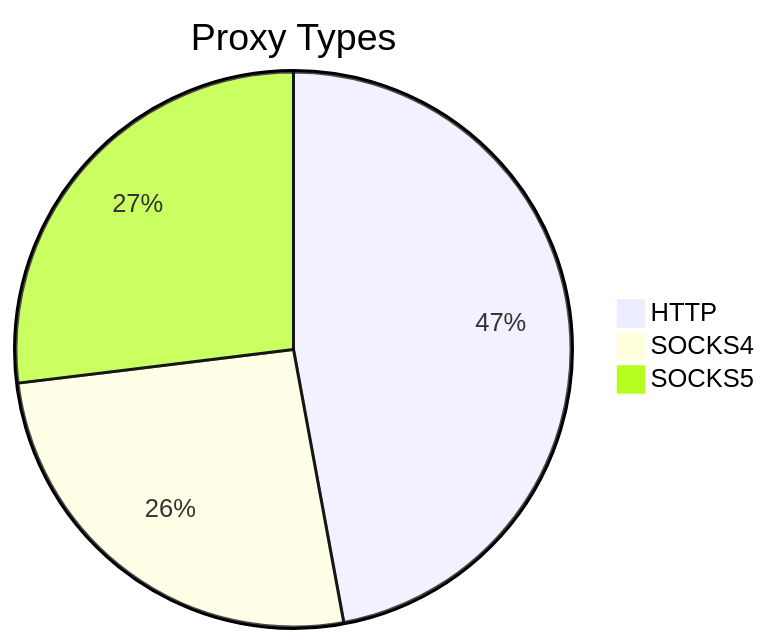
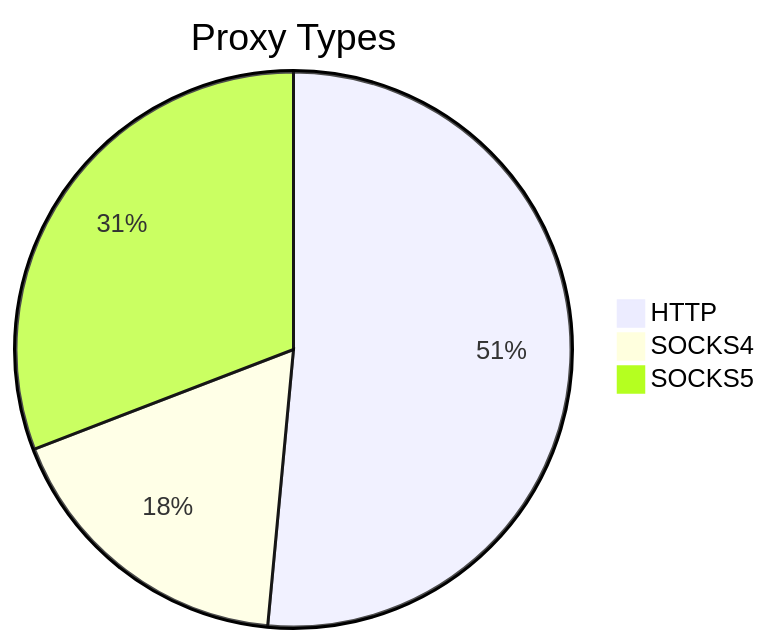
Before and after one commit to stormsia/proxy-list: the first of 2 diagrams in README.md, drawn with Mermaid. The commit also changed other lines of this file, not shown here.

````diff
--- a/README.md
+++ b/README.md
@@ -21,6 +21,6 @@
 ```mermaid
 pie title Proxy Types
-    "HTTP" : 341
-    "SOCKS4" : 188
-    "SOCKS5" : 195
+    "HTTP" : 399
+    "SOCKS4" : 137
+    "SOCKS5" : 239
 ```
````
